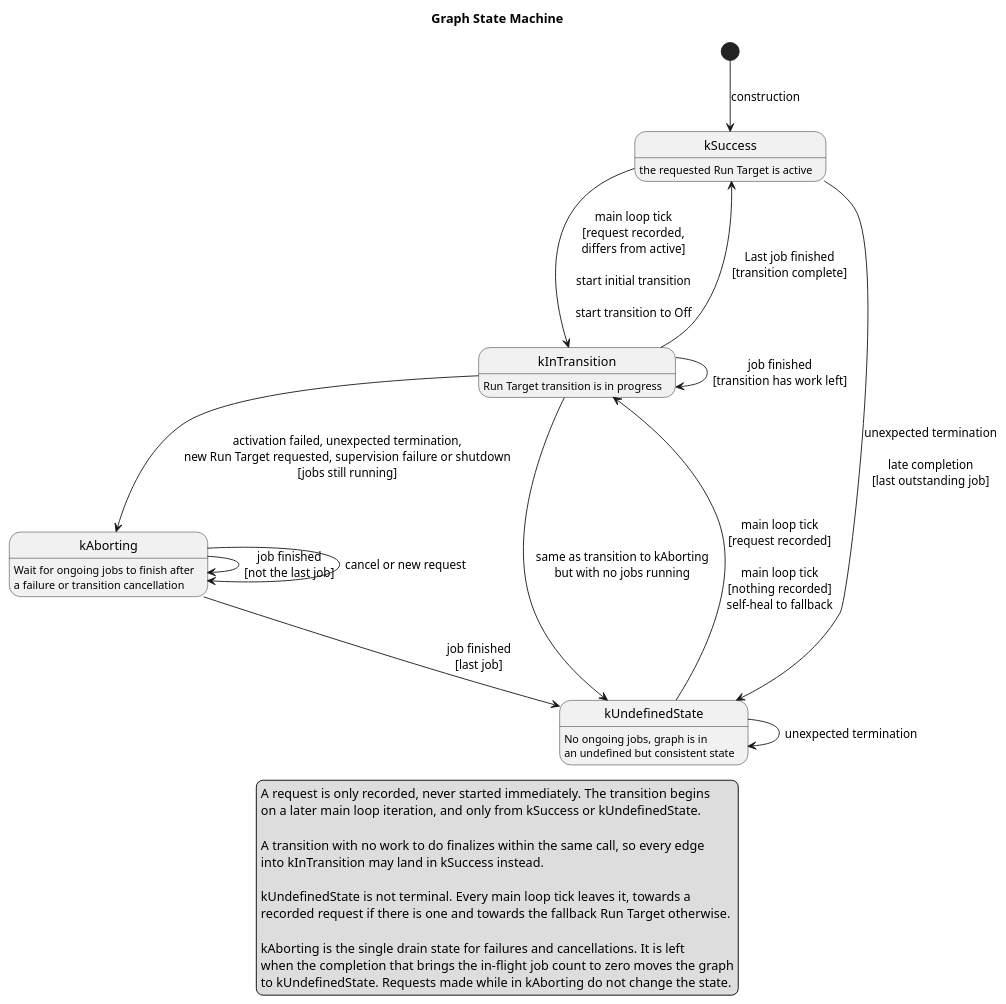
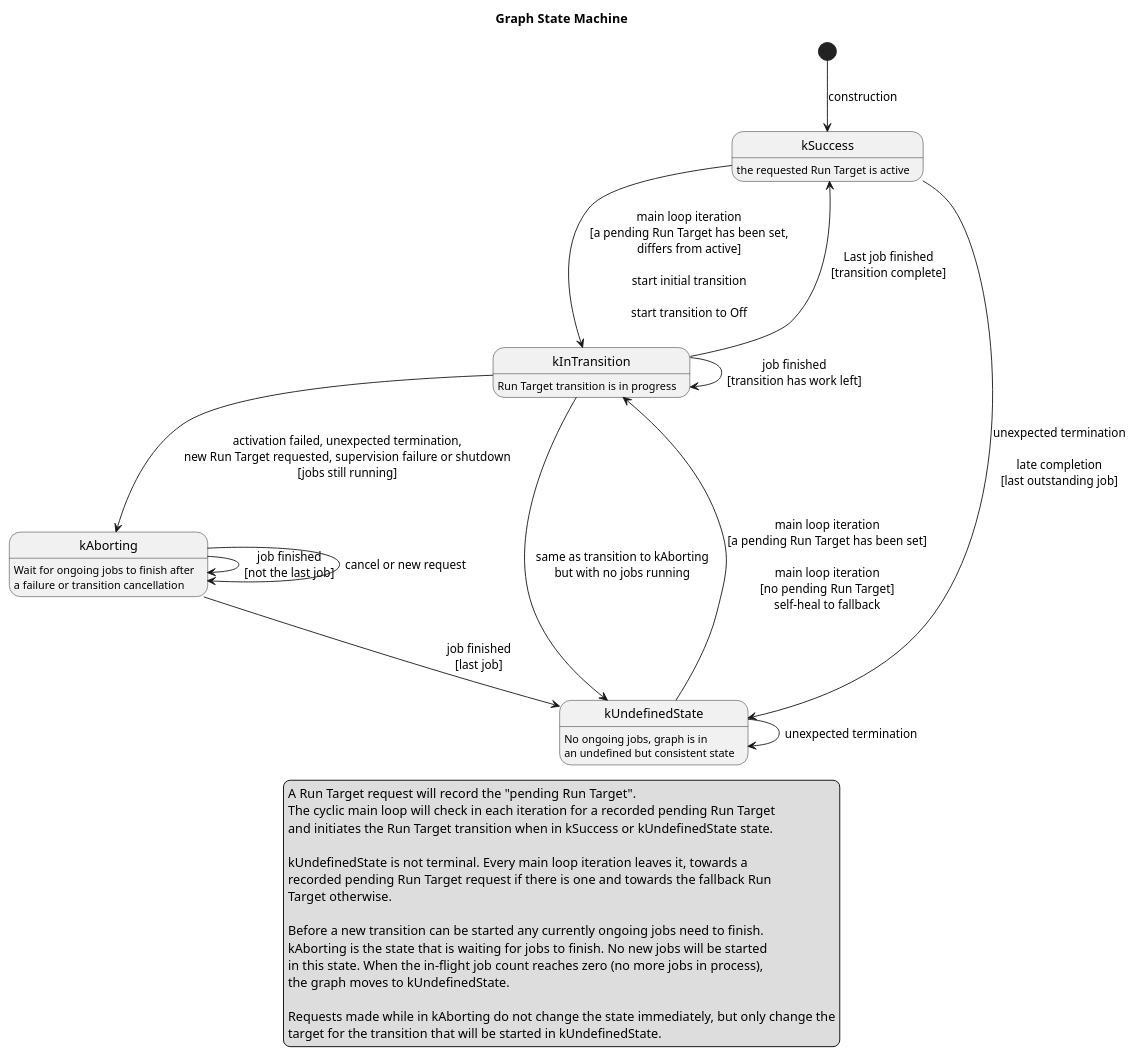
Before and after one commit to eclipse-score/lifecycle: the diagram in score/launch_manager/docs/detailed_design/_assets/graph_states.puml, drawn with PlantUML. The commit also changed 4 other files, not shown here.

```diff
--- a/score/launch_manager/docs/detailed_design/_assets/graph_states.puml
+++ b/score/launch_manager/docs/detailed_design/_assets/graph_states.puml
@@ -14,48 +14,51 @@
 @startuml graph_states
 
 title Graph State Machine
 
 kSuccess : the requested Run Target is active
 kInTransition : Run Target transition is in progress
 kAborting : Wait for ongoing jobs to finish after\na failure or transition cancellation
 kUndefinedState : No ongoing jobs, graph is in\nan undefined but consistent state
 
 [*] --> kSuccess : construction
 
 ' --- starting a transition ---------------------------------------------------
-kSuccess --> kInTransition : main loop tick\n[request recorded,\ndiffers from active]\n\nstart initial transition\n\nstart transition to Off
-kUndefinedState --> kInTransition : main loop tick\n[request recorded]\n\nmain loop tick\n[nothing recorded]\nself-heal to fallback
+kSuccess --> kInTransition : main loop iteration\n[a pending Run Target has been set,\ndiffers from active]\n\nstart initial transition\n\nstart transition to Off
+kUndefinedState --> kInTransition : main loop iteration\n[a pending Run Target has been set]\n\nmain loop iteration\n[no pending Run Target]\nself-heal to fallback
 
 ' --- running a transition ----------------------------------------------------
 kInTransition --> kInTransition : job finished\n[transition has work left]
 kInTransition --> kSuccess : Last job finished\n[transition complete]
 
 ' --- leaving a transition ----------------------------------------------------
 kInTransition --> kAborting : activation failed, unexpected termination,\nnew Run Target requested, supervision failure or shutdown\n[jobs still running]
 kInTransition --> kUndefinedState : same as transition to kAborting\nbut with no jobs running
 
 ' --- aborting ----------------------------------------------------------------
 kAborting --> kAborting : job finished\n[not the last job]
 kAborting --> kUndefinedState : job finished\n[last job]
 kAborting --> kAborting : cancel or new request
 
 ' --- failures outside a transition -------------------------------------------
 kSuccess --> kUndefinedState : unexpected termination\n\nlate completion\n[last outstanding job]
 kUndefinedState --> kUndefinedState : unexpected termination
 
 legend bottom
-  A request is only recorded, never started immediately. The transition begins
-  on a later main loop iteration, and only from kSuccess or kUndefinedState.
+  A Run Target request will record the "pending Run Target".
+  The cyclic main loop will check in each iteration for a recorded pending Run Target
+  and initiates the Run Target transition when in kSuccess or kUndefinedState state.
 
-  A transition with no work to do finalizes within the same call, so every edge
-  into kInTransition may land in kSuccess instead.
+  kUndefinedState is not terminal. Every main loop iteration leaves it, towards a
+  recorded pending Run Target request if there is one and towards the fallback Run 
+  Target otherwise.
 
-  kUndefinedState is not terminal. Every main loop tick leaves it, towards a
-  recorded request if there is one and towards the fallback Run Target otherwise.
-
-  kAborting is the single drain state for failures and cancellations. It is left
-  when the completion that brings the in-flight job count to zero moves the graph
-  to kUndefinedState. Requests made while in kAborting do not change the state.
+  Before a new transition can be started any currently ongoing jobs need to finish.
+  kAborting is the state that is waiting for jobs to finish. No new jobs will be started
+  in this state. When the in-flight job count reaches zero (no more jobs in process),
+  the graph moves to kUndefinedState.
+  
+  Requests made while in kAborting do not change the state immediately, but only change the
+  target for the transition that will be started in kUndefinedState.
 end legend
 
 @enduml
```
